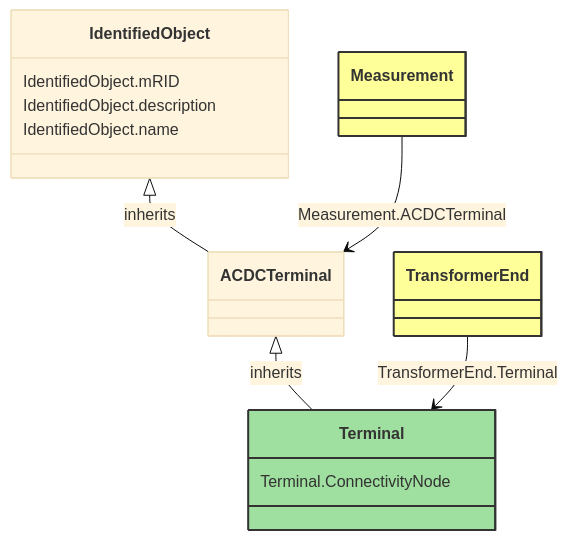
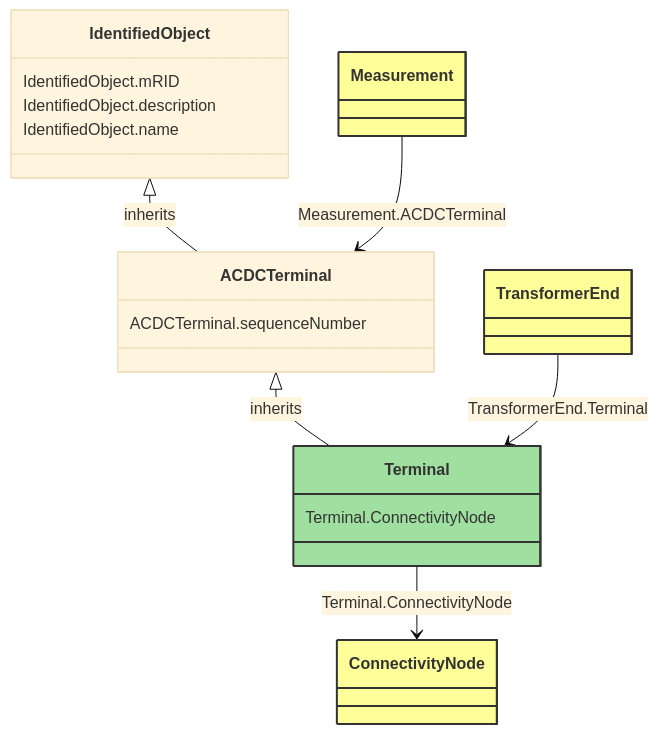
One commit to 3lbits/NoCIMExtensions changed the diagram in docs/WattApp/Terminal.md. Above: the diagram before and after it, drawn with Mermaid (base theme). The commit also changed other lines of this file and 9 other files, not shown here.

````diff
--- a/docs/WattApp/Terminal.md
+++ b/docs/WattApp/Terminal.md
@@ -8,37 +8,43 @@
 ```mermaid
 classDiagram
     class Terminal
     click Terminal href "/WattApp/Terminal/"
     style Terminal fill:#9fdf9f,stroke:#333,stroke-width:2px,rx:10,ry:10
 
         ACDCTerminal <|-- Terminal : inherits
             click ACDCTerminal href "/WattApp/ACDCTerminal/"
             style ACDCTerminal rx:10,ry:10
 
         Terminal
             click Terminal href "/WattApp/Terminal/"
             style Terminal rx:10,ry:10
 
         IdentifiedObject <|-- ACDCTerminal : inherits
             click IdentifiedObject href "/WattApp/IdentifiedObject/"
             style IdentifiedObject rx:10,ry:10
 
+        Terminal --> ConnectivityNode : Terminal.ConnectivityNode
+
+        ConnectivityNode
+            click ConnectivityNode href "/WattApp/ConnectivityNode/"
+            style ConnectivityNode fill:#ffff99,stroke:#333,stroke-width:2px,rx:10,ry:10
 
         TransformerEnd --> Terminal : TransformerEnd.Terminal
 
         TransformerEnd
             click TransformerEnd href "/WattApp/TransformerEnd/"
             style TransformerEnd fill:#ffff99,stroke:#333,stroke-width:2px,rx:10,ry:10
 
         Measurement --> ACDCTerminal : Measurement.ACDCTerminal
 
         Measurement
             click Measurement href "/WattApp/Measurement/"
             style Measurement fill:#ffff99,stroke:#333,stroke-width:2px,rx:10,ry:10
 
 
         Terminal : Terminal.ConnectivityNode
+        ACDCTerminal : ACDCTerminal.sequenceNumber
         IdentifiedObject : IdentifiedObject.mRID
         IdentifiedObject : IdentifiedObject.description
         IdentifiedObject : IdentifiedObject.name
 ```
````
